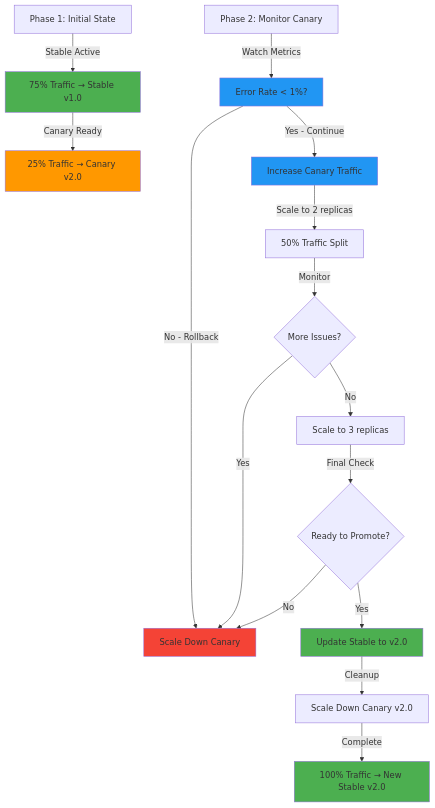
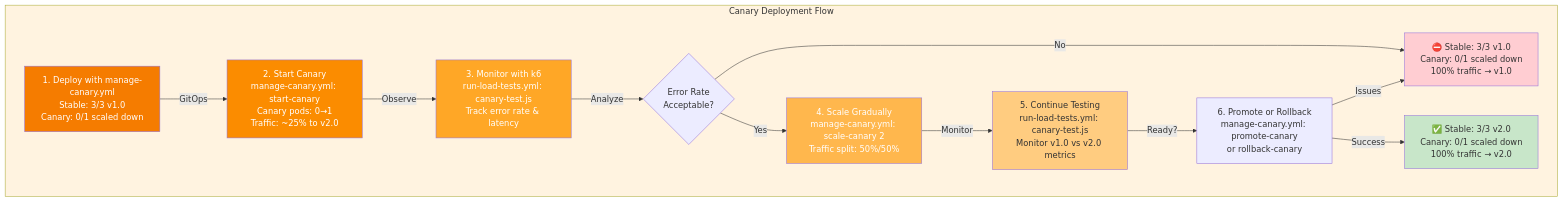
The third of 3 diagrams in README.md (santispizzirri/tech-challenge-devops), drawn with Mermaid before and after one commit. The commit also changed other lines of this file and 5 other files, not shown here.

````diff
--- a/README.md
+++ b/README.md
@@ -486,30 +524,33 @@
 ```mermaid
 graph TD
-    A["Phase 1: Initial State"] -->|Stable Active| B["75% Traffic → Stable v1.0"]
-    B -->|Canary Ready| C["25% Traffic → Canary v2.0"]
+    subgraph Canary["Canary Deployment Flow"]
+        C1["1. Deploy with manage-canary.yml<br/>Stable: 3/3 v1.0<br/>Canary: 0/1 scaled down"]
+        C2["2. Start Canary<br/>manage-canary.yml: start-canary<br/>Canary pods: 0→1<br/>Traffic: ~25% to v2.0"]
+        C3["3. Monitor with k6<br/>run-load-tests.yml: canary-test.js<br/>Track error rate & latency"]
+        C4{Error Rate<br/>Acceptable?}
+        C5["4. Scale Gradually<br/>manage-canary.yml: scale-canary 2<br/>Traffic split: 50%/50%"]
+        C6["5. Continue Testing<br/>run-load-tests.yml: canary-test.js<br/>Monitor v1.0 vs v2.0 metrics"]
+        C7["6. Promote or Rollback<br/>manage-canary.yml: promote-canary<br/>or rollback-canary"]
+        C8["✅ Stable: 3/3 v2.0<br/>Canary: 0/1 scaled down<br/>100% traffic → v2.0"]
+        C9["⛔ Stable: 3/3 v1.0<br/>Canary: 0/1 scaled down<br/>100% traffic → v1.0"]
+        
+        C1 -->|GitOps| C2
+        C2 -->|Observe| C3
+        C3 -->|Analyze| C4
+        C4 -->|Yes| C5
+        C4 -->|No| C9
+        C5 -->|Monitor| C6
+        C6 -->|Ready?| C7
+        C7 -->|Success| C8
+        C7 -->|Issues| C9
+    end
     
-    D["Phase 2: Monitor Canary"] -->|Watch Metrics| E["Error Rate < 1%?"]
-    E -->|Yes - Continue| F["Increase Canary Traffic"]
-    E -->|No - Rollback| G["Scale Down Canary"]
-    
-    F -->|Scale to 2 replicas| H["50% Traffic Split"]
-    H -->|Monitor| I{"More Issues?"}
-    
-    I -->|Yes| G
-    I -->|No| J["Scale to 3 replicas"]
-    J -->|Final Check| K{"Ready to Promote?"}
-    
-    K -->|Yes| L["Update Stable to v2.0"]
-    K -->|No| G
-    
-    L -->|Cleanup| M["Scale Down Canary v2.0"]
-    M -->|Complete| N["100% Traffic → New Stable v2.0"]
-    
-    style B fill:#4CAF50
-    style C fill:#FF9800
-    style E fill:#2196F3
-    style F fill:#2196F3
-    style L fill:#4CAF50
-    style N fill:#4CAF50
-    style G fill:#F44336
+    style Canary fill:#FFF3E0
+    style C1 fill:#F57C00,color:#fff
+    style C2 fill:#FB8C00,color:#fff
+    style C3 fill:#FFA726,color:#fff
+    style C5 fill:#FFB74D,color:#fff
+    style C6 fill:#FFCC80
+    style C8 fill:#C8E6C9
+    style C9 fill:#FFCDD2
 ```
````
